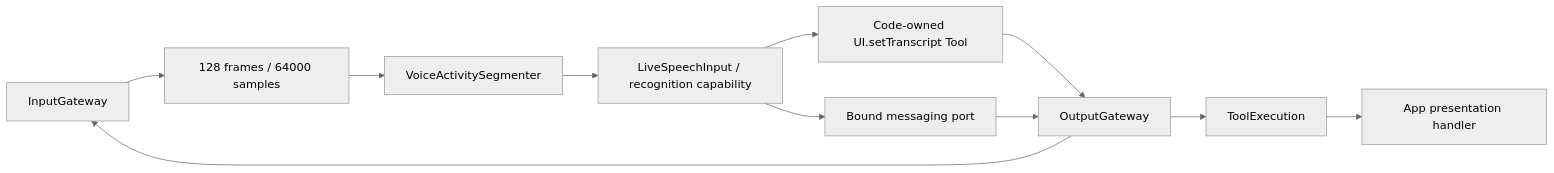
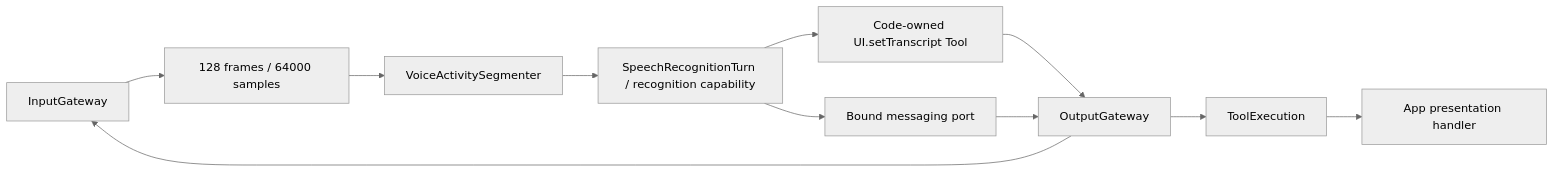
Before and after one commit to devilyouwei/MobileHarness: the first of 3 diagrams in MobileHarness/Agents/SpeechPerception/README.md, drawn with Mermaid (neutral theme). The commit also changed other lines of this file and 100 other files, not shown here.

````diff
--- a/MobileHarness/Agents/SpeechPerception/README.md
+++ b/MobileHarness/Agents/SpeechPerception/README.md
@@ -5,12 +5,12 @@
 ```mermaid
 flowchart LR
     InputGateway --> Inbox[128 frames / 64000 samples]
     Inbox --> VAD[VoiceActivitySegmenter]
-    VAD --> ASR[LiveSpeechInput / recognition capability]
+    VAD --> ASR[SpeechRecognitionTurn / recognition capability]
     ASR --> Caption[Code-owned UI.setTranscript Tool]
     Caption --> OutputGateway
     OutputGateway --> ToolExecution --> UI[App presentation handler]
     ASR --> Port[Bound messaging port]
     Port --> OutputGateway
     OutputGateway --> InputGateway
 ```
````
